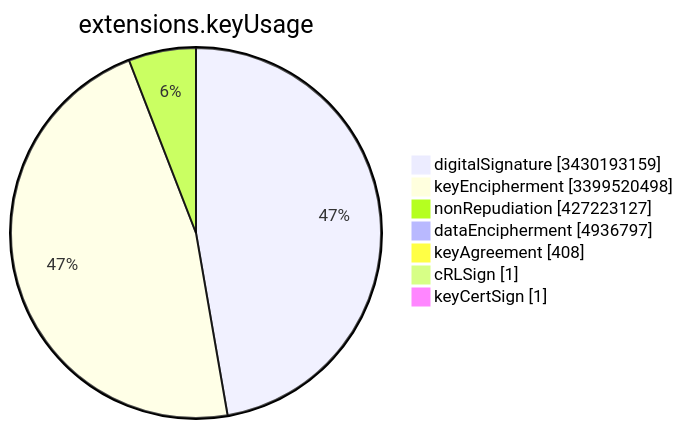
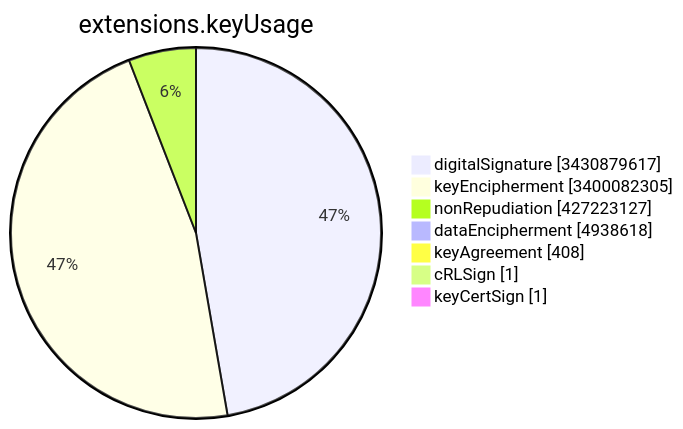
Before and after one commit to christiankrug/ctmonitor_visualization: the sixth of 15 diagrams in TOTAL/README.md, drawn with Mermaid. The commit also changed other lines of this file, not shown here.

````diff
--- a/TOTAL/README.md
+++ b/TOTAL/README.md
@@ -3081,11 +3081,11 @@
 ```mermaid
 pie showData
 title extensions.keyUsage
-"digitalSignature" :3430193159
-"keyEncipherment" :3399520498
+"digitalSignature" :3430879617
+"keyEncipherment" :3400082305
 "nonRepudiation" :427223127
-"dataEncipherment" :4936797
+"dataEncipherment" :4938618
 "keyAgreement" :408
 "cRLSign" :1
 "keyCertSign" :1
 ```
````
